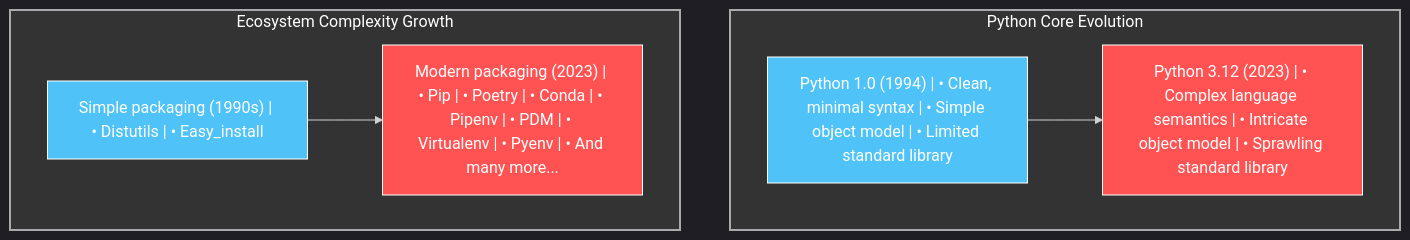
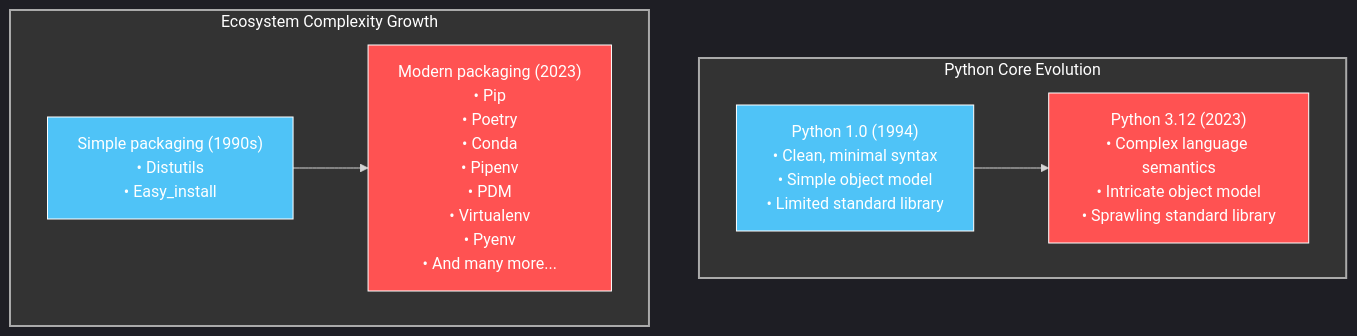
One commit to houstonhaynes/AD4SDocs changed the second of 2 diagrams in 01 Pythons Winding Path to Antifragility.md. Above: the diagram before and after it, drawn with Mermaid. The commit also changed other lines of this file and 5 other files, not shown here.

Commit message:
fix mermaid part two

````diff
--- a/01 Pythons Winding Path to Antifragility.md
+++ b/01 Pythons Winding Path to Antifragility.md
@@ -71,23 +71,23 @@
 ```mermaid
 %%{init: {'theme': 'dark', 'themeVariables': { 'primaryColor': '#242424', 'primaryTextColor': '#fff', 'primaryBorderColor': '#888', 'lineColor': '#d3d3d3', 'secondaryColor': '#2b2b2b', 'tertiaryColor': '#333' }}}%%
 graph TD
     subgraph CorePython["Python Core Evolution"]
-        PythonOriginal["Python 1.0 (1994) | • Clean, minimal syntax | • Simple object model | • Limited standard library"]
-        PythonModern["Python 3.12 (2023) | • Complex language semantics | • Intricate object model | • Sprawling standard library"]
+        PythonOriginal["Python 1.0 (1994)<br>• Clean, minimal syntax<br>• Simple object model<br>• Limited standard library"]
+        PythonModern["Python 3.12 (2023)<br>• Complex language semantics<br>• Intricate object model<br>• Sprawling standard library"]
     end
     
     subgraph Ecosystem["Ecosystem Complexity Growth"]
-        SimplePackaging["Simple packaging (1990s) | • Distutils | • Easy_install"]
-        ComplexPackaging["Modern packaging (2023) | • Pip | • Poetry | • Conda | • Pipenv | • PDM | • Virtualenv | • Pyenv | • And many more..."]
+        SimplePackaging["Simple packaging (1990s)<br>• Distutils<br>• Easy_install"]
+        ComplexPackaging["Modern packaging (2023)<br>• Pip<br>• Poetry<br>• Conda<br>• Pipenv<br>• PDM<br>• Virtualenv<br>• Pyenv<br>• And many more..."]
     end
     
     PythonOriginal --> PythonModern
     SimplePackaging --> ComplexPackaging
     
     style CorePython fill:#333,stroke:#aaa,stroke-width:2px,color:#fff
     style Ecosystem fill:#333,stroke:#aaa,stroke-width:2px,color:#fff
     style PythonOriginal fill:#4FC3F7,stroke:#fff,stroke-width:1px,color:#fff
     style PythonModern fill:#FF5252,stroke:#fff,stroke-width:1px,color:#fff
     style SimplePackaging fill:#4FC3F7,stroke:#fff,stroke-width:1px,color:#fff
     style ComplexPackaging fill:#FF5252,stroke:#fff,stroke-width:1px,color:#fff
 ```
````
